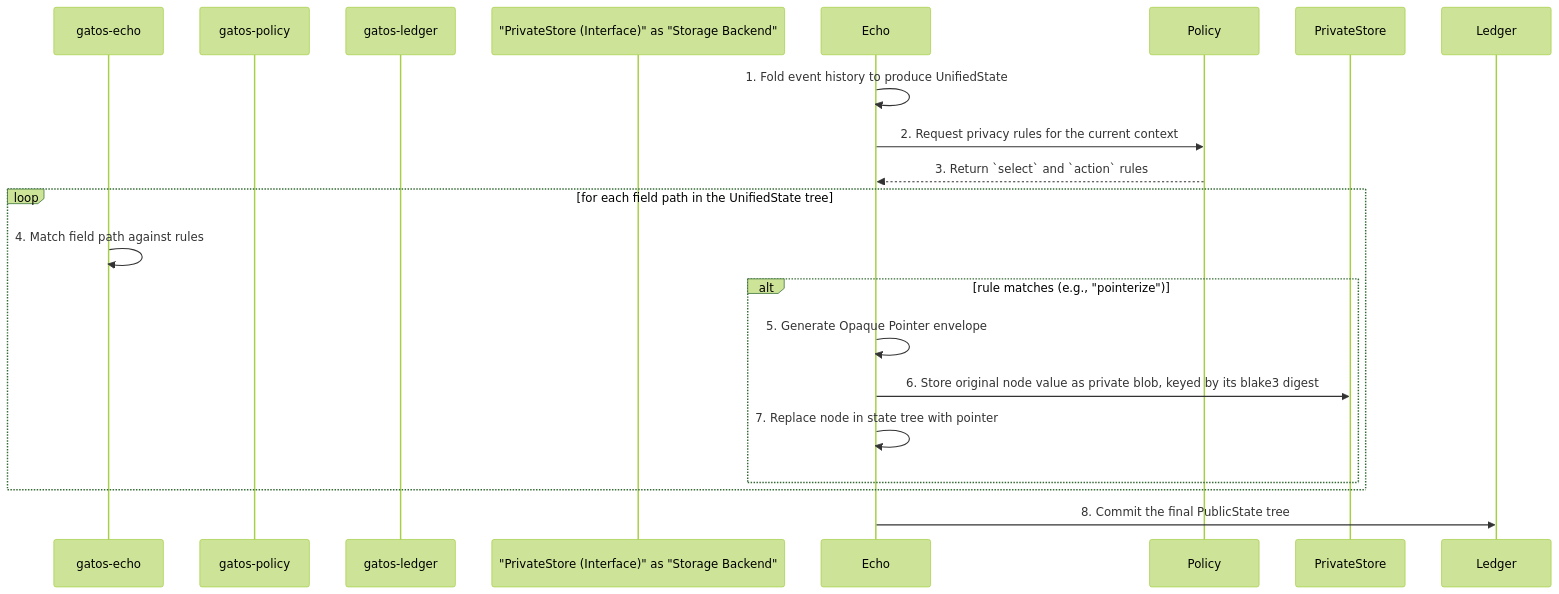
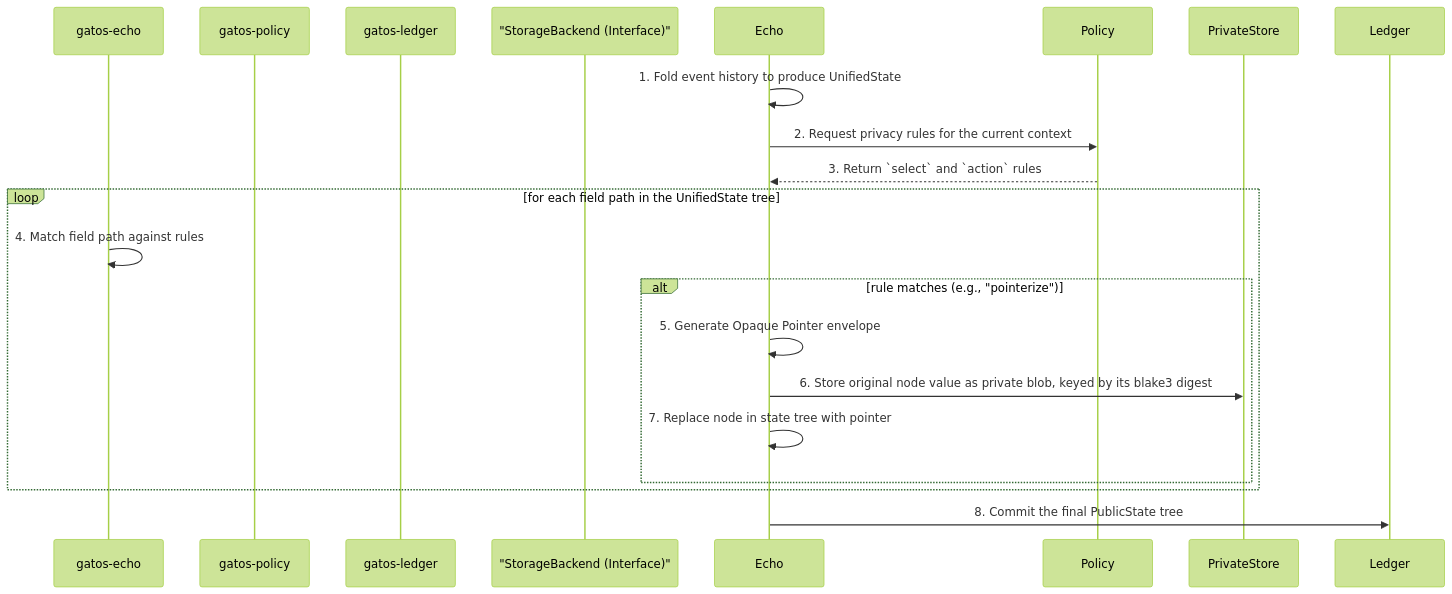
The sixth of 16 diagrams in docs/TECH-SPEC.md (flyingrobots/gatos), drawn with Mermaid (forest theme) before and after one commit.

Commit message:
docs: Simplify PrivateStore participant name in TECH-SPEC.md diagram

````diff
--- a/docs/TECH-SPEC.md
+++ b/docs/TECH-SPEC.md
@@ -173,20 +173,20 @@
 ```mermaid
 sequenceDiagram
     participant gatos-echo
     participant gatos-policy
     participant gatos-ledger
-    participant "PrivateStore (Interface)" as "Storage Backend"
+    participant "StorageBackend (Interface)"
 
     Echo->>Echo: 1. Fold event history to produce UnifiedState
     Echo->>Policy: 2. Request privacy rules for the current context
     Policy-->>Echo: 3. Return `select` and `action` rules
 loop for each field path in the UnifiedState tree
         gatos-echo->>gatos-echo: 4. Match field path against rules
         alt rule matches (e.g., "pointerize")
             Echo->>Echo: 5. Generate Opaque Pointer envelope
             Echo->>PrivateStore: 6. Store original node value as private blob, keyed by its blake3 digest
             Echo->>Echo: 7. Replace node in state tree with pointer
         end
     end
     Echo->>Ledger: 8. Commit the final PublicState tree
 ```
````
